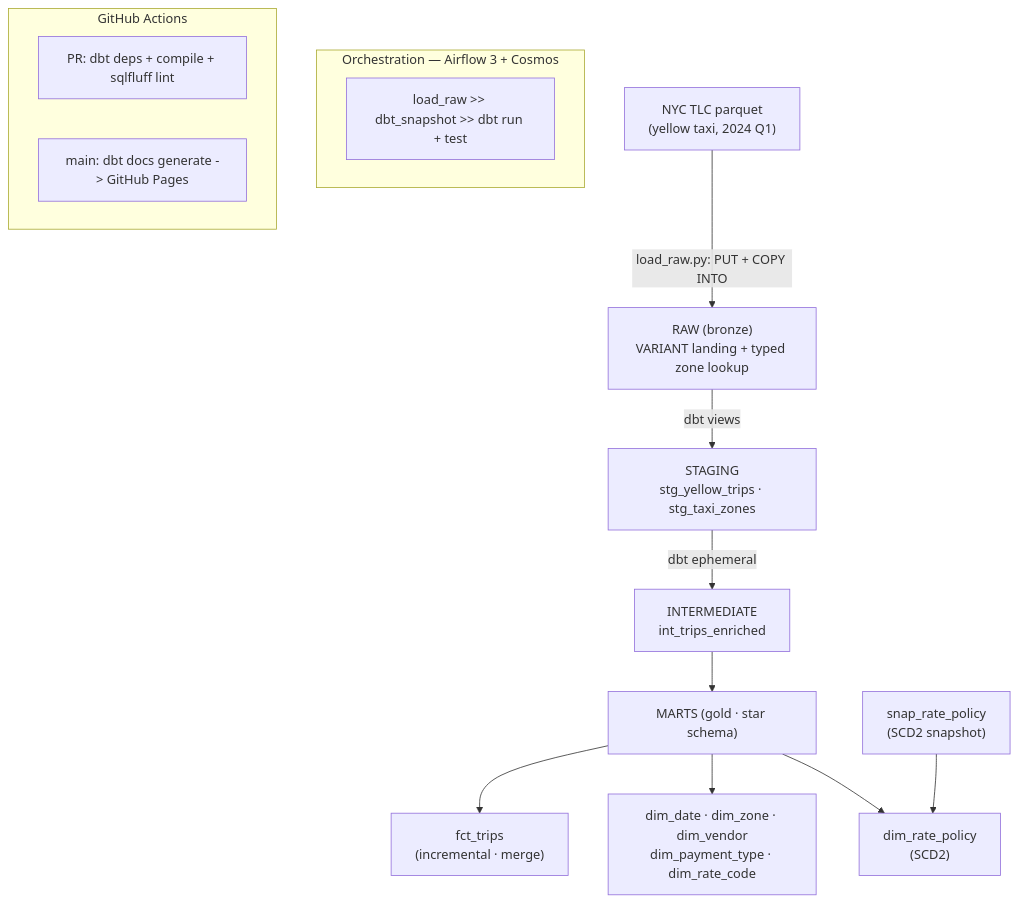
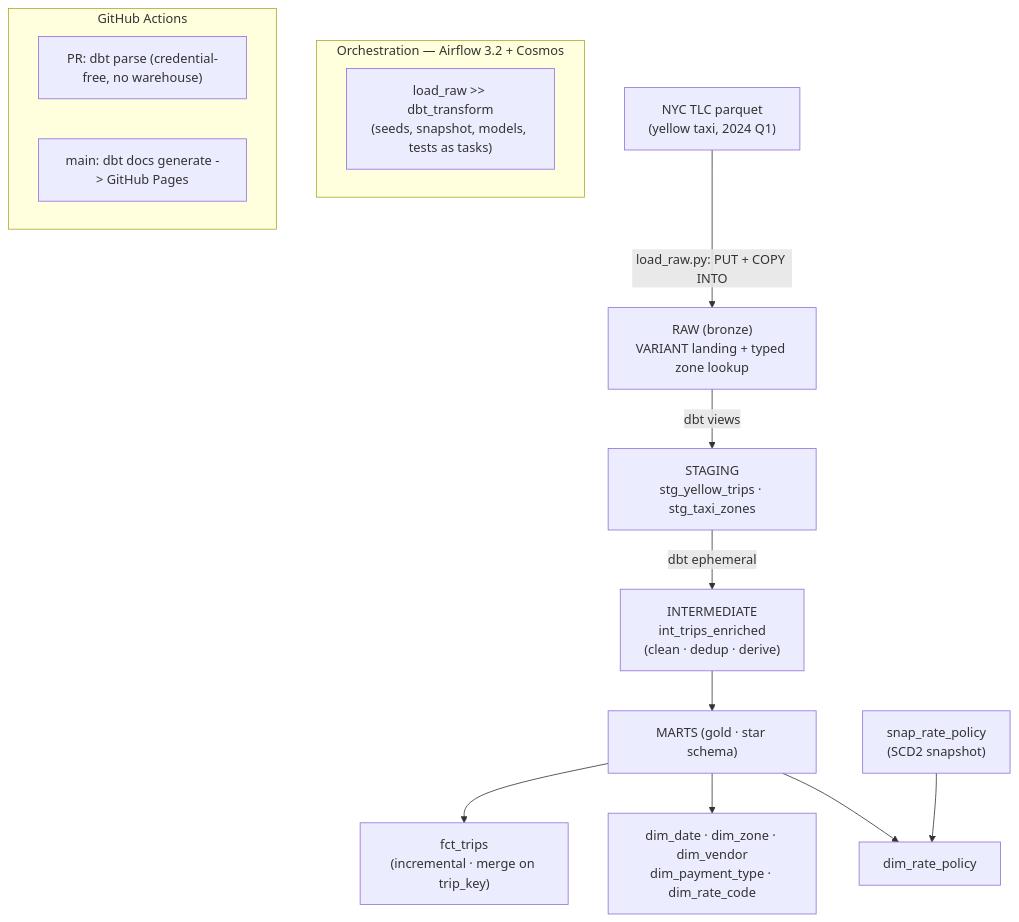
Before and after one commit to jjsanchezcanton/project2-snowflake-dbt: the diagram in README.md, drawn with Mermaid. The commit also changed other lines of this file, not shown here.

````diff
--- a/README.md
+++ b/README.md
@@ -19,20 +21,20 @@
 ```mermaid
 flowchart TD
     A["NYC TLC parquet<br/>(yellow taxi, 2024 Q1)"] -->|load_raw.py: PUT + COPY INTO| B["RAW (bronze)<br/>VARIANT landing + typed zone lookup"]
     B -->|dbt views| C["STAGING<br/>stg_yellow_trips · stg_taxi_zones"]
-    C -->|dbt ephemeral| D["INTERMEDIATE<br/>int_trips_enriched"]
+    C -->|dbt ephemeral| D["INTERMEDIATE<br/>int_trips_enriched<br/>(clean · dedup · derive)"]
     D --> E["MARTS (gold · star schema)"]
-    E --> F1["fct_trips<br/>(incremental · merge)"]
+    E --> F1["fct_trips<br/>(incremental · merge on trip_key)"]
     E --> F2["dim_date · dim_zone · dim_vendor<br/>dim_payment_type · dim_rate_code"]
-    E --> F3["dim_rate_policy<br/>(SCD2)"]
+    E --> F3["dim_rate_policy"]
     G["snap_rate_policy<br/>(SCD2 snapshot)"] --> F3
 
-    subgraph ORCH["Orchestration — Airflow 3 + Cosmos"]
-        H["load_raw >> dbt_snapshot >> dbt run + test"]
+    subgraph ORCH["Orchestration — Airflow 3.2 + Cosmos"]
+        H["load_raw >> dbt_transform<br/>(seeds, snapshot, models, tests as tasks)"]
     end
 
     subgraph CICD["GitHub Actions"]
-        I["PR: dbt deps + compile + sqlfluff lint"]
+        I["PR: dbt parse (credential-free, no warehouse)"]
         J["main: dbt docs generate -> GitHub Pages"]
     end
 ```
````
